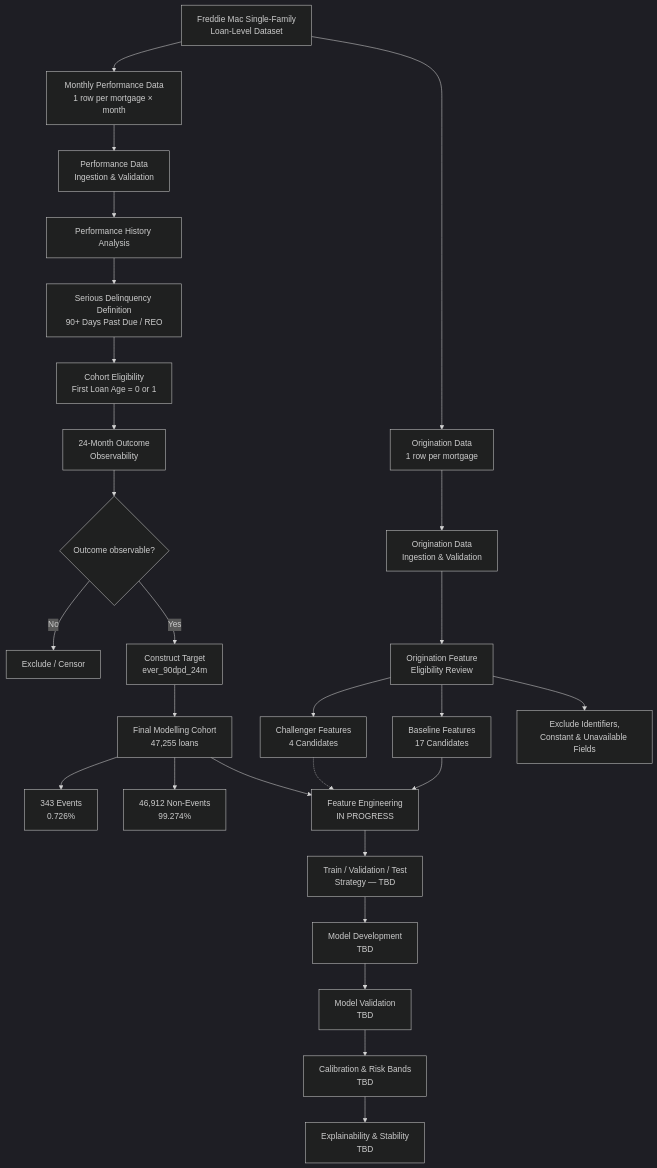
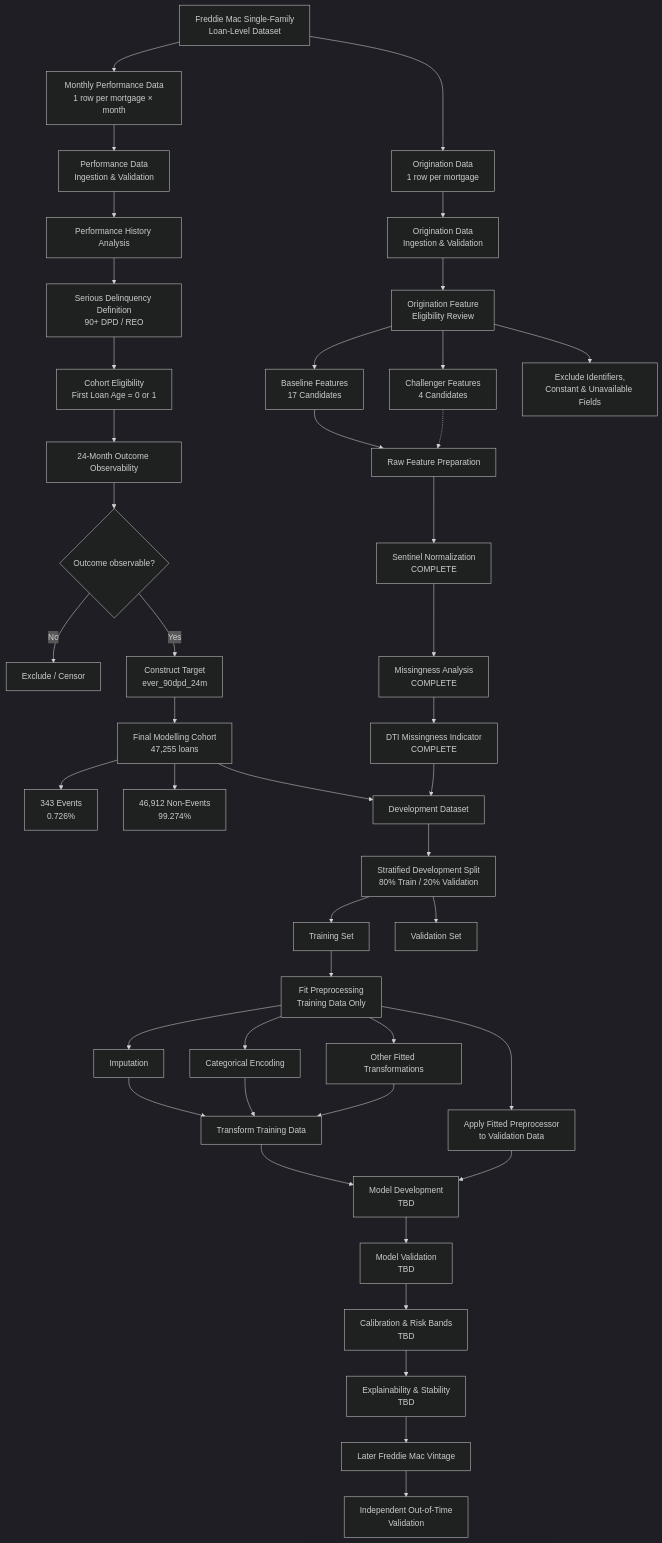
One commit to dhrumilvora/mortgage-credit-risk changed the diagram in docs/project_flow.md. Above: the diagram before and after it, drawn with Mermaid (dark theme). The commit also changed other lines of this file and 9 other files, not shown here.

````diff
--- a/docs/project_flow.md
+++ b/docs/project_flow.md
@@ -7,52 +7,70 @@
 ```mermaid
 flowchart TD
 
     A["Freddie Mac Single-Family<br/>Loan-Level Dataset"]
 
     A --> B["Origination Data<br/>1 row per mortgage"]
     A --> C["Monthly Performance Data<br/>1 row per mortgage × month"]
 
     B --> D["Origination Data<br/>Ingestion & Validation"]
     C --> E["Performance Data<br/>Ingestion & Validation"]
 
     E --> F["Performance History Analysis"]
-
-    F --> G["Serious Delinquency Definition<br/>90+ Days Past Due / REO"]
-
+    F --> G["Serious Delinquency Definition<br/>90+ DPD / REO"]
     G --> H["Cohort Eligibility<br/>First Loan Age = 0 or 1"]
-
-    H --> I["24-Month Outcome<br/>Observability"]
+    H --> I["24-Month Outcome Observability"]
 
     I --> J{"Outcome observable?"}
-
     J -->|"No"| K["Exclude / Censor"]
     J -->|"Yes"| L["Construct Target<br/>ever_90dpd_24m"]
 
     L --> M["Final Modelling Cohort<br/>47,255 loans"]
-
     M --> N["343 Events<br/>0.726%"]
     M --> O["46,912 Non-Events<br/>99.274%"]
 
     D --> P["Origination Feature<br/>Eligibility Review"]
 
     P --> P1["Baseline Features<br/>17 Candidates"]
-
     P --> P2["Challenger Features<br/>4 Candidates"]
-
     P --> P3["Exclude Identifiers,<br/>Constant & Unavailable Fields"]
 
-    P1 --> Q["Feature Engineering<br/>IN PROGRESS"]
+    P1 --> Q["Raw Feature Preparation"]
     P2 -.-> Q
 
-    M --> Q
+    Q --> Q1["Sentinel Normalization<br/>COMPLETE"]
+    Q1 --> Q2["Missingness Analysis<br/>COMPLETE"]
+    Q2 --> Q3["DTI Missingness Indicator<br/>COMPLETE"]
 
-    Q --> R["Train / Validation / Test<br/>Strategy — TBD"]
+    M --> R["Development Dataset"]
+    Q3 --> R
 
-    R --> S["Model Development<br/>TBD"]
+    R --> S["Stratified Development Split<br/>80% Train / 20% Validation"]
 
-    S --> T["Model Validation<br/>TBD"]
+    S --> T["Training Set"]
+    S --> U["Validation Set"]
 
-    T --> U["Calibration & Risk Bands<br/>TBD"]
+    T --> V["Fit Preprocessing<br/>Training Data Only"]
 
-    U --> V["Explainability & Stability<br/>TBD"]
+    V --> W["Imputation"]
+    V --> X["Categorical Encoding"]
+    V --> Y["Other Fitted Transformations"]
+
+    W --> Z["Transform Training Data"]
+    X --> Z
+    Y --> Z
+
+    V --> AA["Apply Fitted Preprocessor<br/>to Validation Data"]
+
+    Z --> AB["Model Development<br/>TBD"]
+    AA --> AB
+
+    AB --> AC["Model Validation<br/>TBD"]
+
+    AC --> AD["Calibration & Risk Bands<br/>TBD"]
+
+    AD --> AE["Explainability & Stability<br/>TBD"]
+
+    AE --> AF["Later Freddie Mac Vintage"]
+
+    AF --> AG["Independent Out-of-Time<br/>Validation"]
 ```
````
